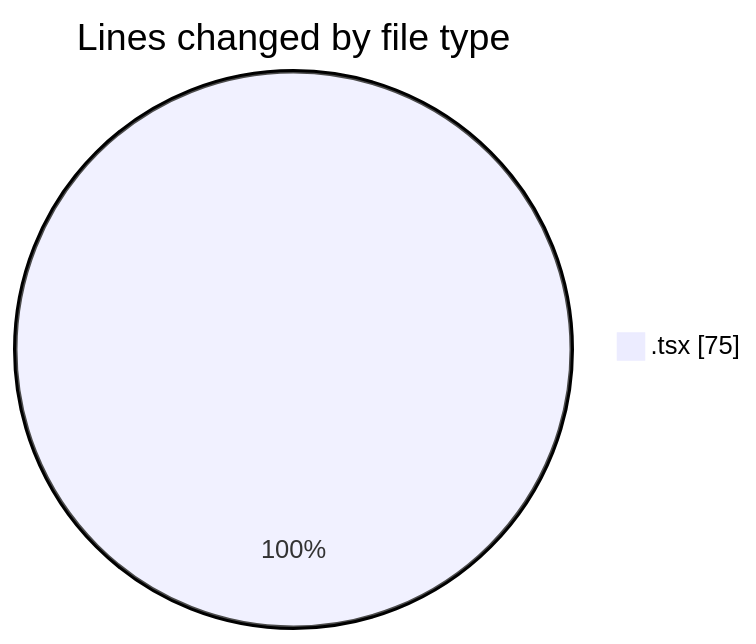
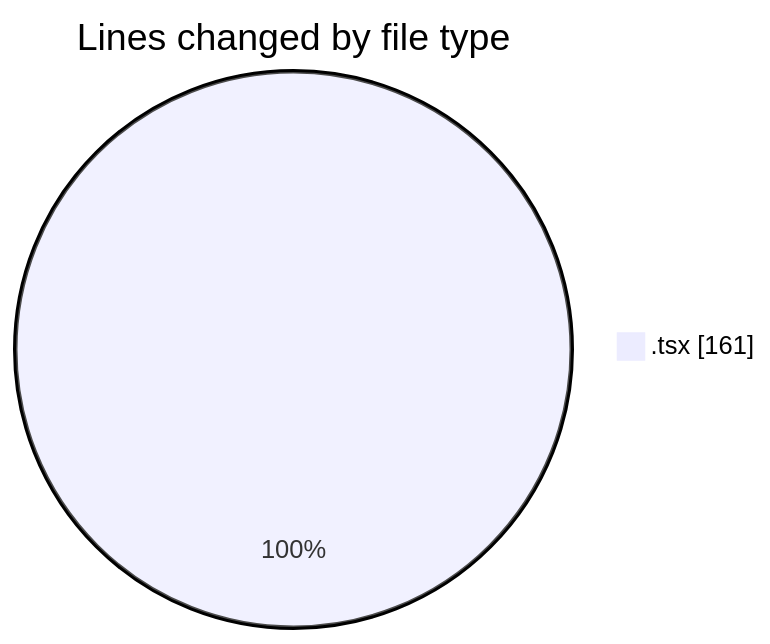
The first of 2 diagrams in 2025-03-09/src/README.md (ecomensa/code-tracking), drawn with Mermaid before and after one commit. The commit also changed other lines of this file and 1 other file, not shown here.

````diff
--- a/2025-03-09/src/README.md
+++ b/2025-03-09/src/README.md
@@ -20,5 +21,5 @@
 ```mermaid
 pie showData
 title Lines changed by file type
-".tsx" : 75
+".tsx" : 161
 ```
````
